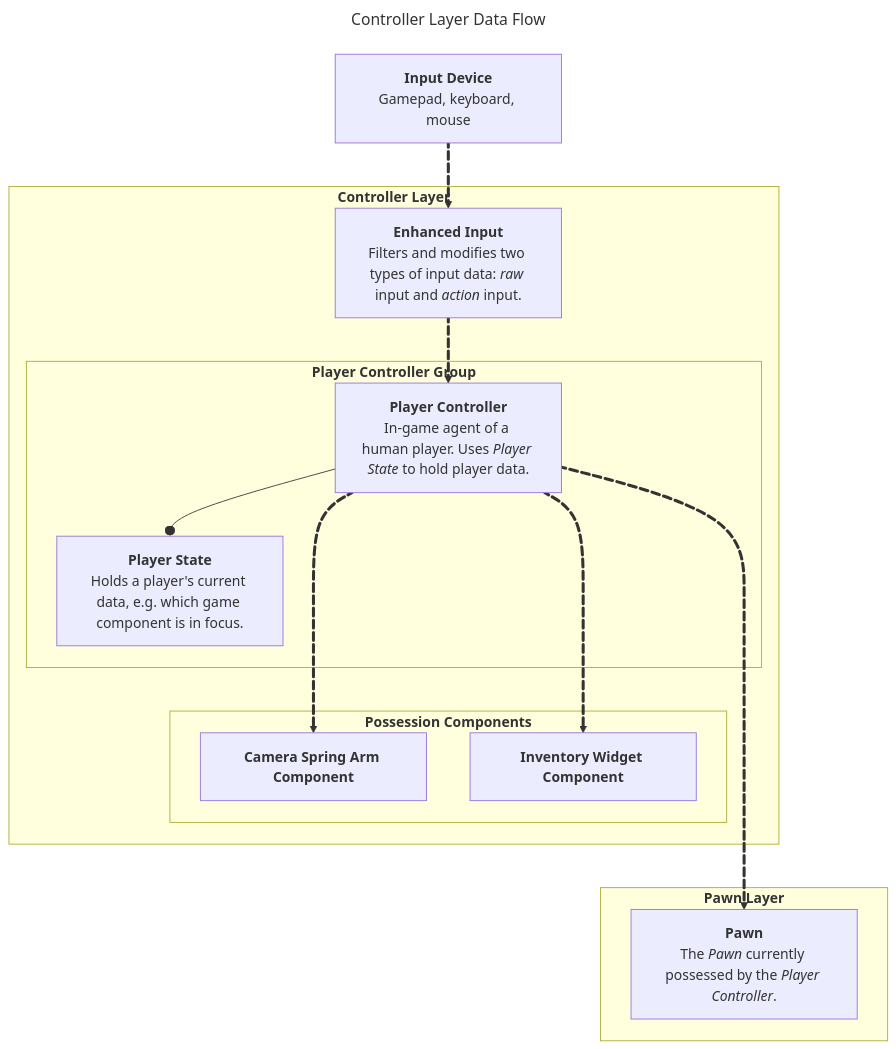
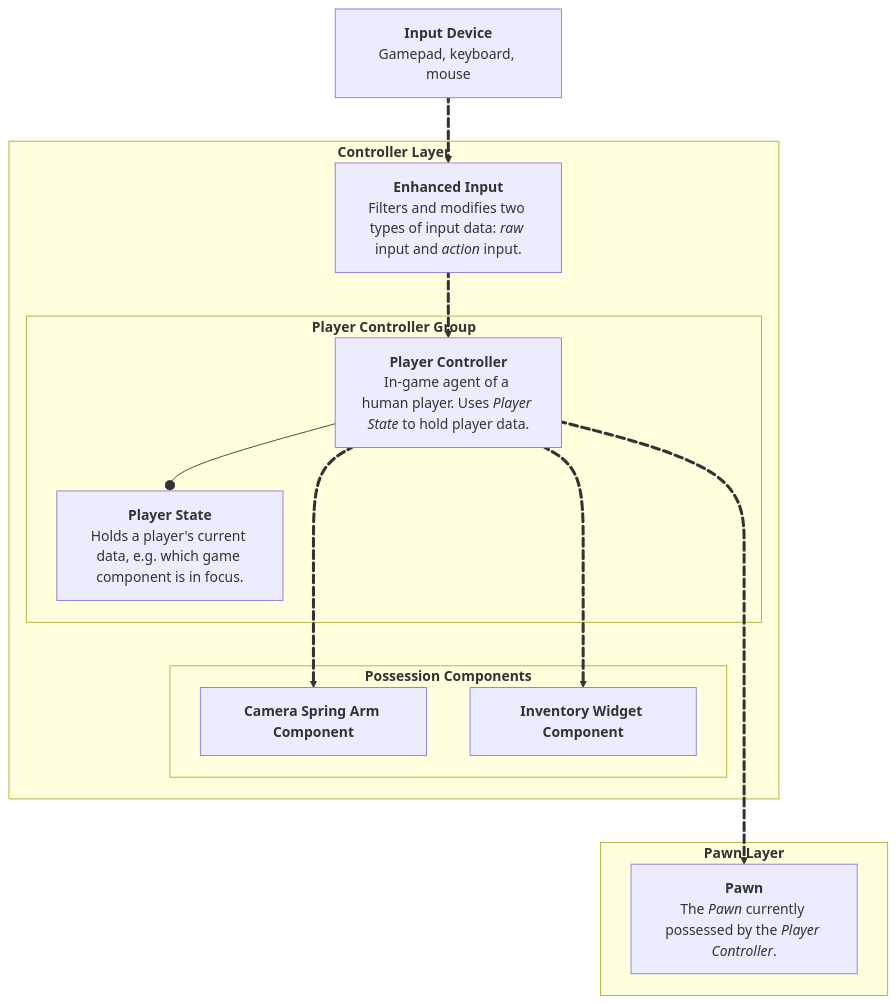
Before and after one commit to mugenmelon/mugenmelon.github.io: the third of 3 diagrams in _posts/1970-01-01-mugen-devlog-1.md, drawn with Mermaid. The commit also changed other lines of this file, not shown here.

Commit message:
Cleanup diagrams

```diff
--- a/_posts/1970-01-01-mugen-devlog-1.md
+++ b/_posts/1970-01-01-mugen-devlog-1.md
@@ -362,52 +359,49 @@
 <pre class="mermaid">
----
-title: Controller Layer Data Flow
----
 flowchart
     input-device["`
         **Input Device**
         Gamepad, keyboard, mouse
     `"]
 
     subgraph controller-layer["`**Controller Layer**`"]
         enhanced-input["`
             **Enhanced Input**
             Filters and modifies two types of input data: *raw* input and *action* input.
         `"]
         subgraph player-controller-group["`**Player Controller Group**`"]
             player-state["`
                 **Player State**
                 Holds a player's current data, e.g. which game component is in focus.
             `"]
             player-controller["`
                 **Player Controller**
                 In-game agent of a human player. Uses *Player State* to hold player data. 
             `"]
             player-controller --o player-state
         end
 
         subgraph possession-comps["`**Possession Components**`"]
             camera-spring-arm-comp["`**Camera Spring Arm Component**`"]
             inventory-widget-comp["`**Inventory Widget Component**`"]
         end
     end
 
     subgraph pawn-layer["`**Pawn Layer**`"]
         pawn["`
             **Pawn**
             The *Pawn* currently possessed by the *Player Controller*.
         `"]
     end
 
     input-device e1@==> enhanced-input
     enhanced-input e2@==> player-controller
     player-controller e3@===> camera-spring-arm-comp
     player-controller e4@===> inventory-widget-comp
     player-controller e5@====> pawn
 
     e1@{ animate: true }
     e2@{ animate: true }
     e3@{ animate: true }
     e4@{ animate: true }
     e5@{ animate: true }
 </pre>
```
